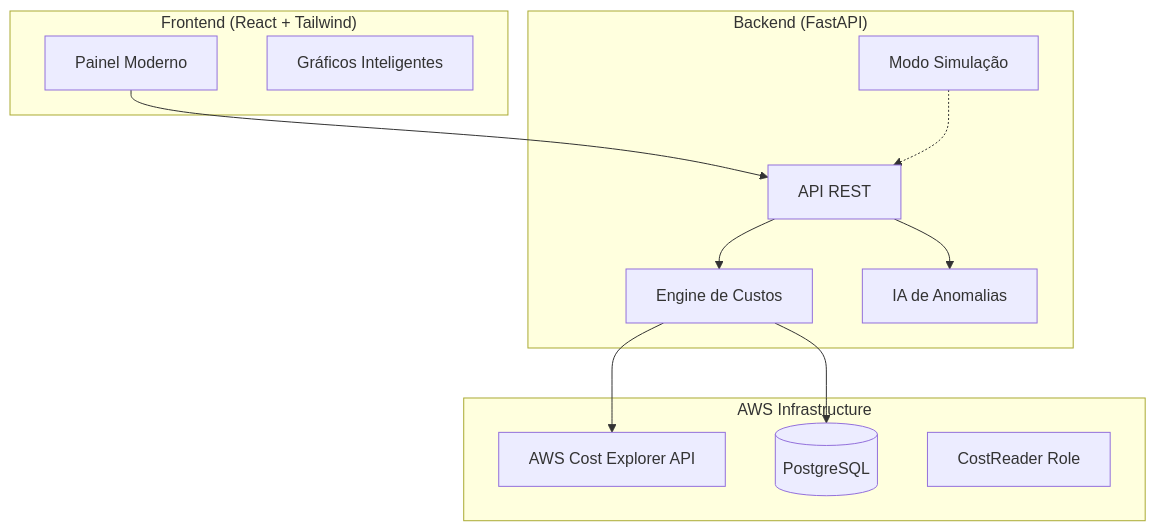
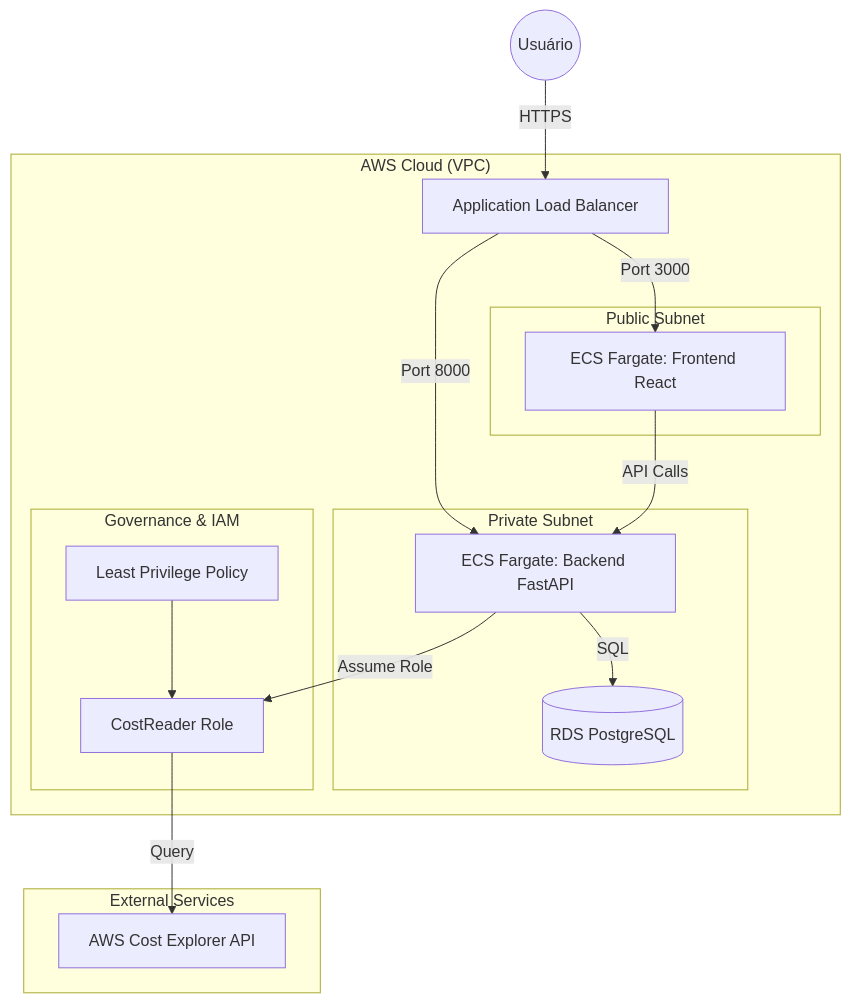
The diagram in README.md (leonardodebs/Infrastructure-Cost-Intelligence-Dashboard), drawn with Mermaid before and after one commit.

Commit message:
docs: improve mermaid diagram to reflect enterprise architecture

````diff
--- a/README.md
+++ b/README.md
@@ -25,27 +25,35 @@
 ```mermaid
 graph TB
-    subgraph Client["Frontend (React + Tailwind)"]
-        UI[Painel Moderno]
-        Charts[Gráficos Inteligentes]
+    User((Usuário))
+
+    subgraph AWS_Cloud["AWS Cloud (VPC)"]
+        ALB[Application Load Balancer]
+        
+        subgraph Public_Subnet["Public Subnet"]
+            Frontend[ECS Fargate: Frontend React]
+        end
+
+        subgraph Private_Subnet["Private Subnet"]
+            Backend[ECS Fargate: Backend FastAPI]
+            DB[(RDS PostgreSQL)]
+        end
+
+        subgraph Security["Governance & IAM"]
+            Role[CostReader Role]
+            Policy[Least Privilege Policy]
+        end
     end
 
-    subgraph Backend["Backend (FastAPI)"]
-        API[API REST]
-        CostSvc[Engine de Custos]
-        AnomalySvc[IA de Anomalias]
-        MockSvc[Modo Simulação]
+    subgraph External_Services["External Services"]
+        CE_API[AWS Cost Explorer API]
     end
 
-    subgraph "AWS Infrastructure"
-        CostExp[AWS Cost Explorer API]
-        DB[(PostgreSQL)]
-        IAM[CostReader Role]
-    end
-
-    UI --> API
-    API --> CostSvc
-    API --> AnomalySvc
-    CostSvc --> CostExp
-    CostSvc --> DB
-    MockSvc -.-> API
+    User -->|HTTPS| ALB
+    ALB -->|Port 3000| Frontend
+    ALB -->|Port 8000| Backend
+    Frontend -->|API Calls| Backend
+    Backend -->|SQL| DB
+    Backend -->|Assume Role| Role
+    Role -->|Query| CE_API
+    Policy --> Role
 ```
````
